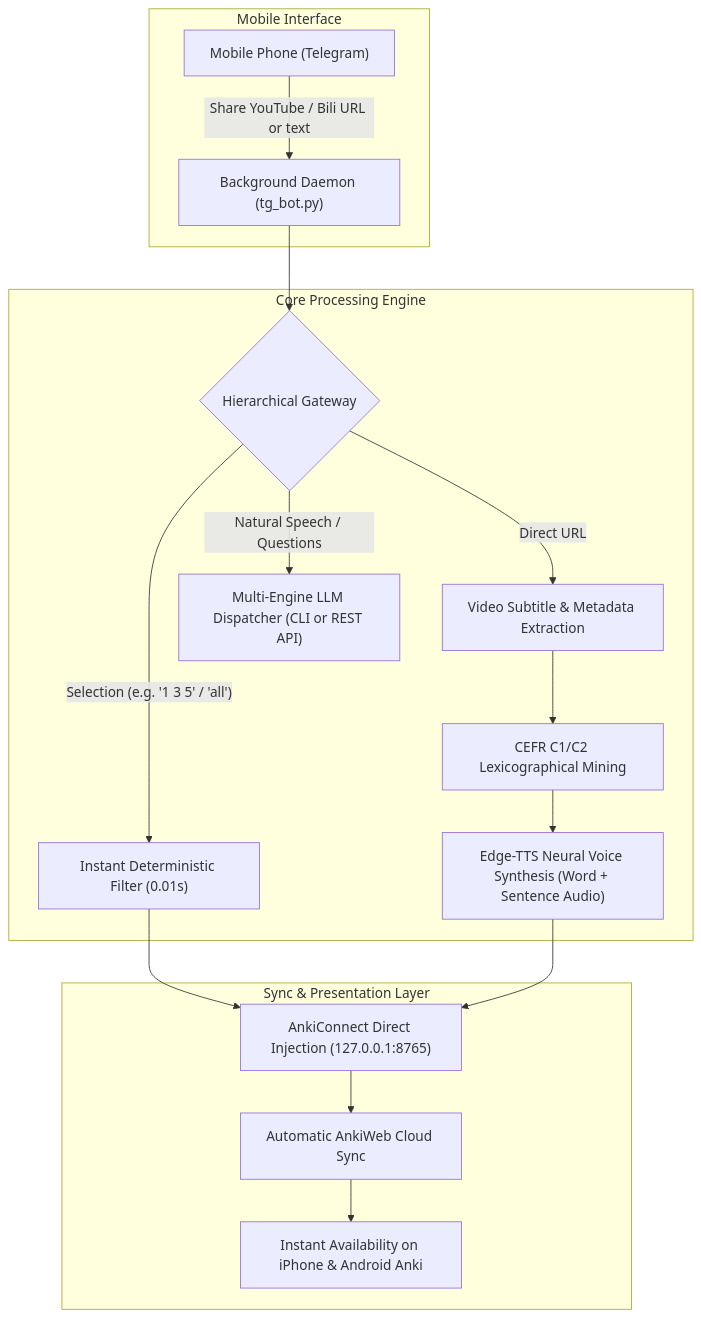
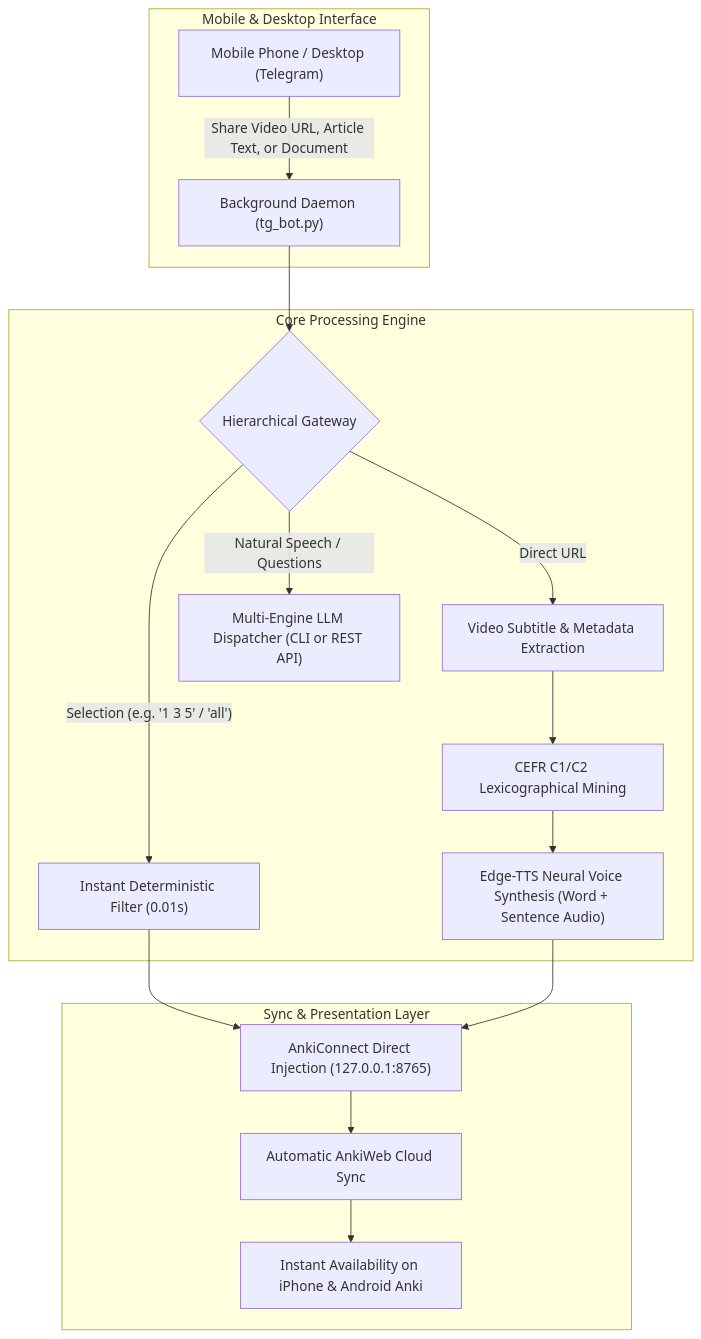
Before and after one commit to chase-yuan/anki-context-miner: the diagram in README.md, drawn with Mermaid. The commit also changed other lines of this file and 6 other files, not shown here.

````diff
--- a/README.md
+++ b/README.md
@@ -15,22 +15,22 @@
 ```mermaid
 flowchart TD
-    subgraph "Mobile Interface"
-        A["Mobile Phone (Telegram)"] -->|"Share YouTube / Bili URL or text"| B["Background Daemon (tg_bot.py)"]
+    subgraph "Mobile & Desktop Interface"
+        A["Mobile Phone / Desktop (Telegram)"] -->|"Share Video URL, Article Text, or Document"| B["Background Daemon (tg_bot.py)"]
     end
 
     subgraph "Core Processing Engine"
         B --> C{"Hierarchical Gateway"}
         C -->|"Direct URL"| D["Video Subtitle & Metadata Extraction"]
         C -->|"Selection (e.g. '1 3 5' / 'all')"| E["Instant Deterministic Filter (0.01s)"]
         C -->|"Natural Speech / Questions"| F["Multi-Engine LLM Dispatcher (CLI or REST API)"]
         D --> G["CEFR C1/C2 Lexicographical Mining"]
         G --> H["Edge-TTS Neural Voice Synthesis (Word + Sentence Audio)"]
     end
 
     subgraph "Sync & Presentation Layer"
         E --> I["AnkiConnect Direct Injection (127.0.0.1:8765)"]
         H --> I
         I --> J["Automatic AnkiWeb Cloud Sync"]
         J --> K["Instant Availability on iPhone & Android Anki"]
     end
 ```
````
